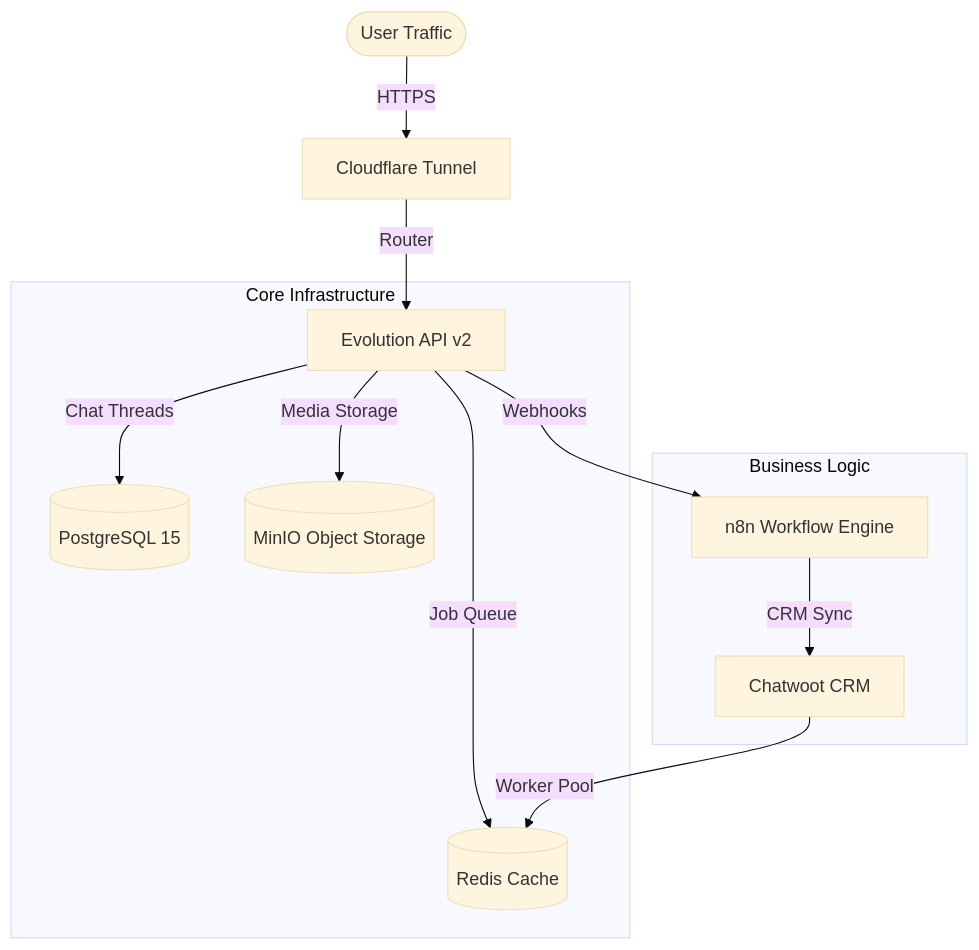
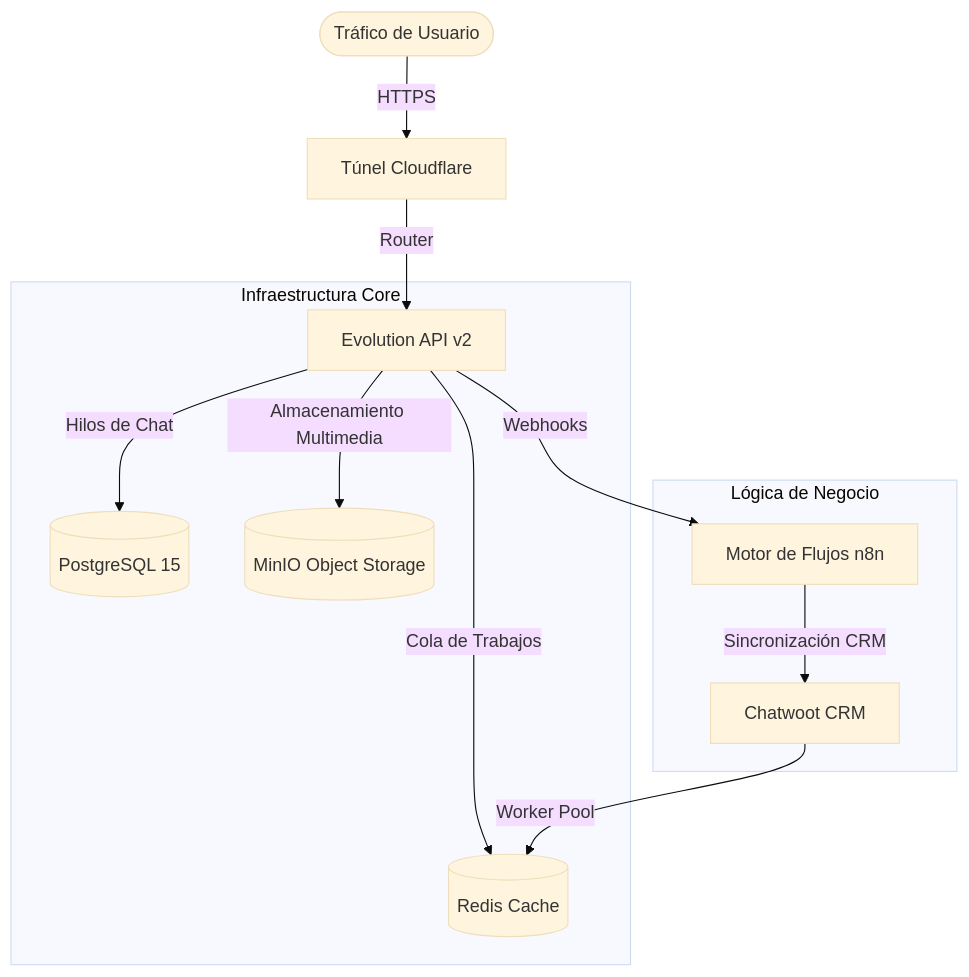
One commit to HackUN09/chatbot-stack changed the diagram in README.md. Above: the diagram before and after it, drawn with Mermaid (base theme). The commit also changed other lines of this file and 2 other files, not shown here.

````diff
--- a/README.md
+++ b/README.md
@@ -14,17 +14,17 @@
 ```mermaid
 graph TD
-    User([User Traffic]) -->|HTTPS| CF[Cloudflare Tunnel]
+    User([Tráfico de Usuario]) -->|HTTPS| CF[Túnel Cloudflare]
     CF -->|Router| API[Evolution API v2]
     
-    subgraph "Core Infrastructure"
-        API -->|Chat Threads| PG[(PostgreSQL 15)]
-        API -->|Job Queue| RD[(Redis Cache)]
-        API -->|Media Storage| S3[(MinIO Object Storage)]
+    subgraph "Infraestructura Core"
+        API -->|Hilos de Chat| PG[(PostgreSQL 15)]
+        API -->|Cola de Trabajos| RD[(Redis Cache)]
+        API -->|Almacenamiento Multimedia| S3[(MinIO Object Storage)]
     end
     
-    subgraph "Business Logic"
-        API -->|Webhooks| N8N[n8n Workflow Engine]
-        N8N -->|CRM Sync| CW[Chatwoot CRM]
+    subgraph "Lógica de Negocio"
+        API -->|Webhooks| N8N[Motor de Flujos n8n]
+        N8N -->|Sincronización CRM| CW[Chatwoot CRM]
         CW -->|Worker Pool| RD
     end
 ```
````
